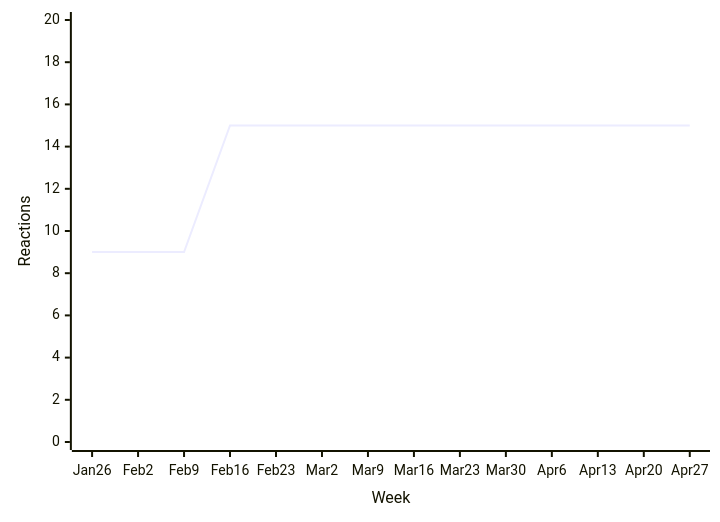
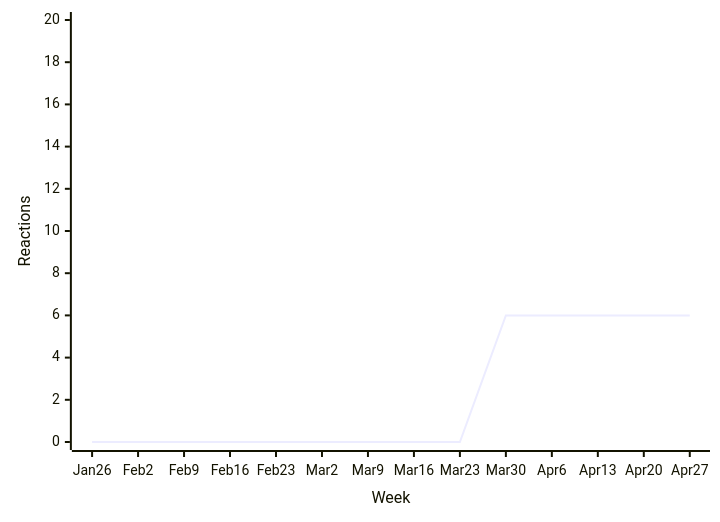
One commit to loic-sharma/github-insights changed the ninth of 15 diagrams in README.md. Above: the diagram before and after it, drawn with Mermaid. The commit also changed other lines of this file and 2 other files, not shown here.

````diff
--- a/README.md
+++ b/README.md
@@ -242,6 +293,6 @@
   ```mermaid
   xychart-beta
     x-axis "Week" [Jan 26, Feb 2, Feb 9, Feb 16, Feb 23, Mar 2, Mar 9, Mar 16, Mar 23, Mar 30, Apr 6, Apr 13, Apr 20, Apr 27]
     y-axis "Reactions" 0 --> 20
-    line [9, 9, 9, 15, 15, 15, 15, 15, 15, 15, 15, 15, 15, 15]
+    line [0, 0, 0, 0, 0, 0, 0, 0, 0, 6, 6, 6, 6, 6]
   ```
````
